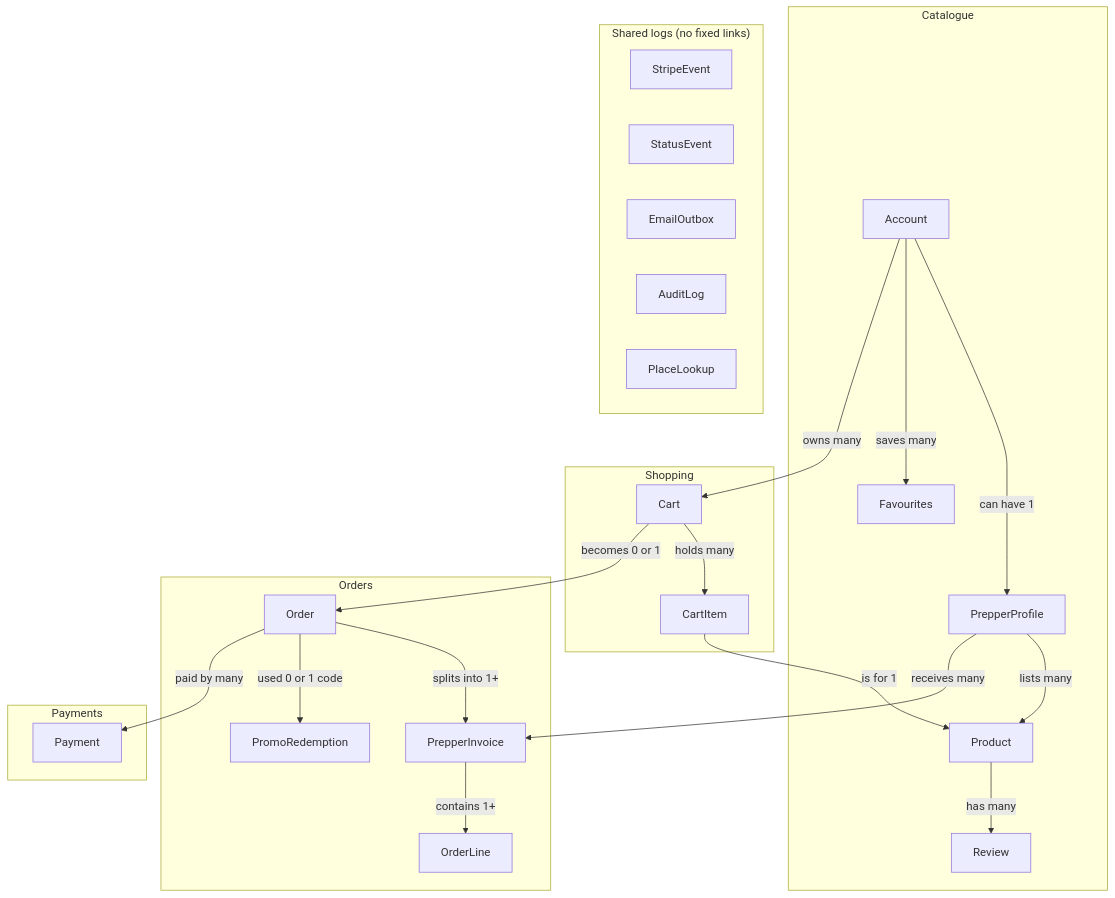
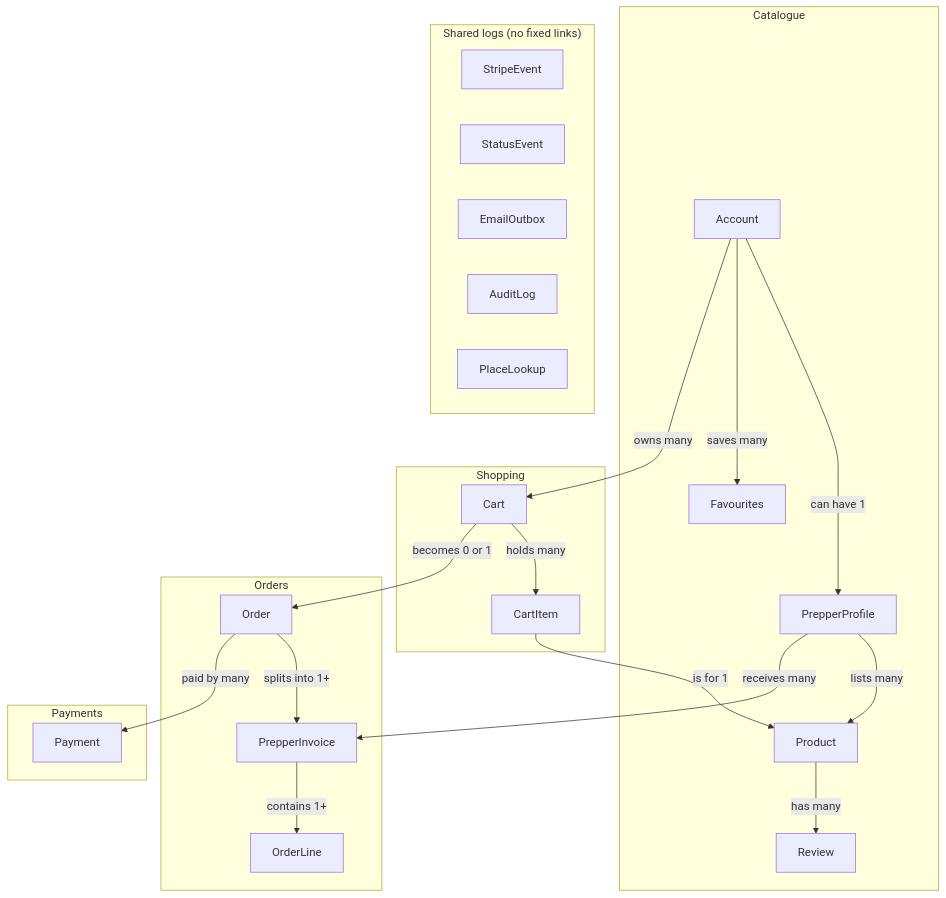
The diagram in docs/plan/06-data-model.md (rachelwong/preppers), drawn with Mermaid before and after one commit. The commit also changed other lines of this file and 18 other files, not shown here.

Commit message:
docs: remove promo code requirement

````diff
--- a/docs/plan/06-data-model.md
+++ b/docs/plan/06-data-model.md
@@ -5,31 +5,30 @@
 ```mermaid
 flowchart TB
   subgraph Catalogue
     A[Account] -->|can have 1| PP[PrepperProfile]
     PP -->|lists many| P[Product]
     P -->|has many| R[Review]
     A -->|saves many| F[Favourites]
   end
   subgraph Shopping
     A -->|owns many| C[Cart]
     C -->|holds many| CI[CartItem]
     CI -->|is for 1| P
   end
   subgraph Orders
     C -->|becomes 0 or 1| O[Order]
     O -->|splits into 1+| I[PrepperInvoice]
     I -->|contains 1+| OL[OrderLine]
     PP -->|receives many| I
-    O -->|used 0 or 1 code| PR[PromoRedemption]
   end
   subgraph Payments
     O -->|paid by many| PM[Payment]
   end
   subgraph Logs["Shared logs (no fixed links)"]
     SE[StripeEvent]
     ST[StatusEvent]
     EO[EmailOutbox]
     AL[AuditLog]
     PL[PlaceLookup]
   end
 ```
````
